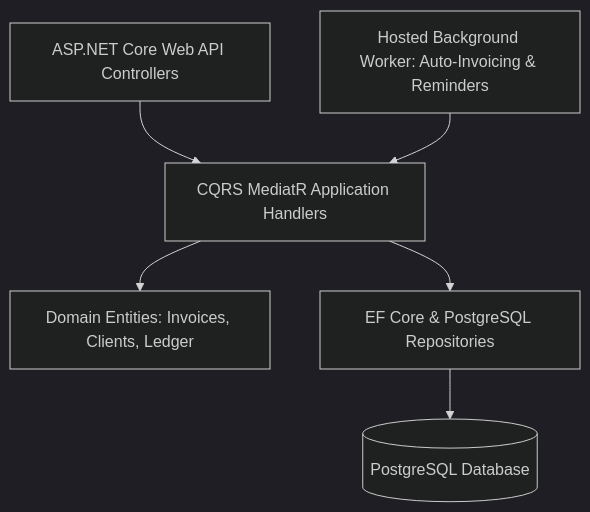
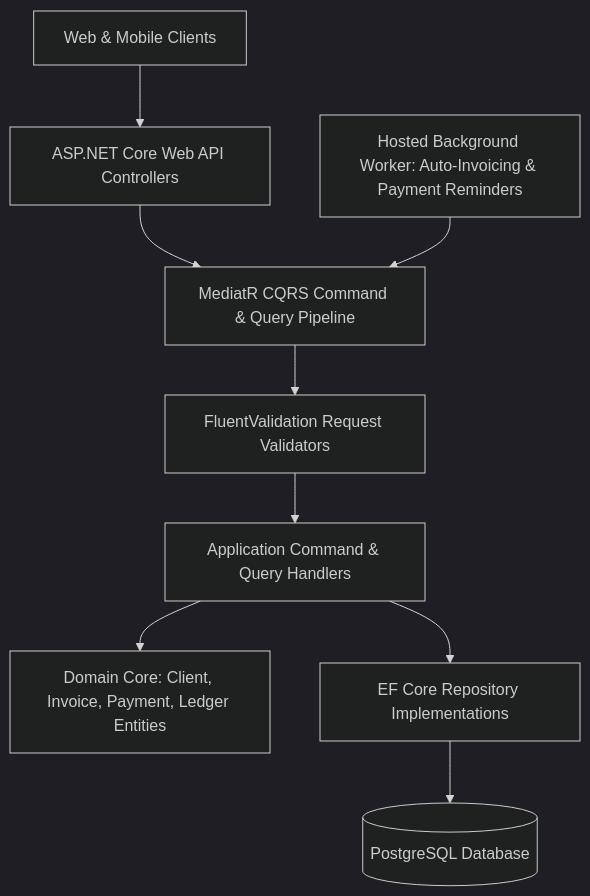
The diagram in README.md (abdussatarkhan/dotnet-freelancer-finance-tracker), drawn with Mermaid (dark theme) before and after one commit. The commit also changed other lines of this file, not shown here.

Commit message:
docs(readme): rewrite documentation for software engineering & desktop systems architecture

````diff
--- a/README.md
+++ b/README.md
@@ -22,8 +23,11 @@
 ```mermaid
 graph TD
-    API[ASP.NET Core Web API Controllers] --> MediatR[CQRS MediatR Application Handlers]
-    MediatR --> Domain[Domain Entities: Invoices, Clients, Ledger]
-    MediatR --> Infra[EF Core & PostgreSQL Repositories]
-    Infra --> DB[(PostgreSQL Database)]
-    Worker[Hosted Background Worker: Auto-Invoicing & Reminders] --> MediatR
+    Client[Web & Mobile Clients] --> Controllers[ASP.NET Core Web API Controllers]
+    Controllers --> MediatR[MediatR CQRS Command & Query Pipeline]
+    MediatR --> Validation[FluentValidation Request Validators]
+    Validation --> Handlers[Application Command & Query Handlers]
+    Handlers --> Domain[Domain Core: Client, Invoice, Payment, Ledger Entities]
+    Handlers --> Repositories[EF Core Repository Implementations]
+    Repositories --> DB[(PostgreSQL Database)]
+    Worker[Hosted Background Worker: Auto-Invoicing & Payment Reminders] --> MediatR
 ```
````
